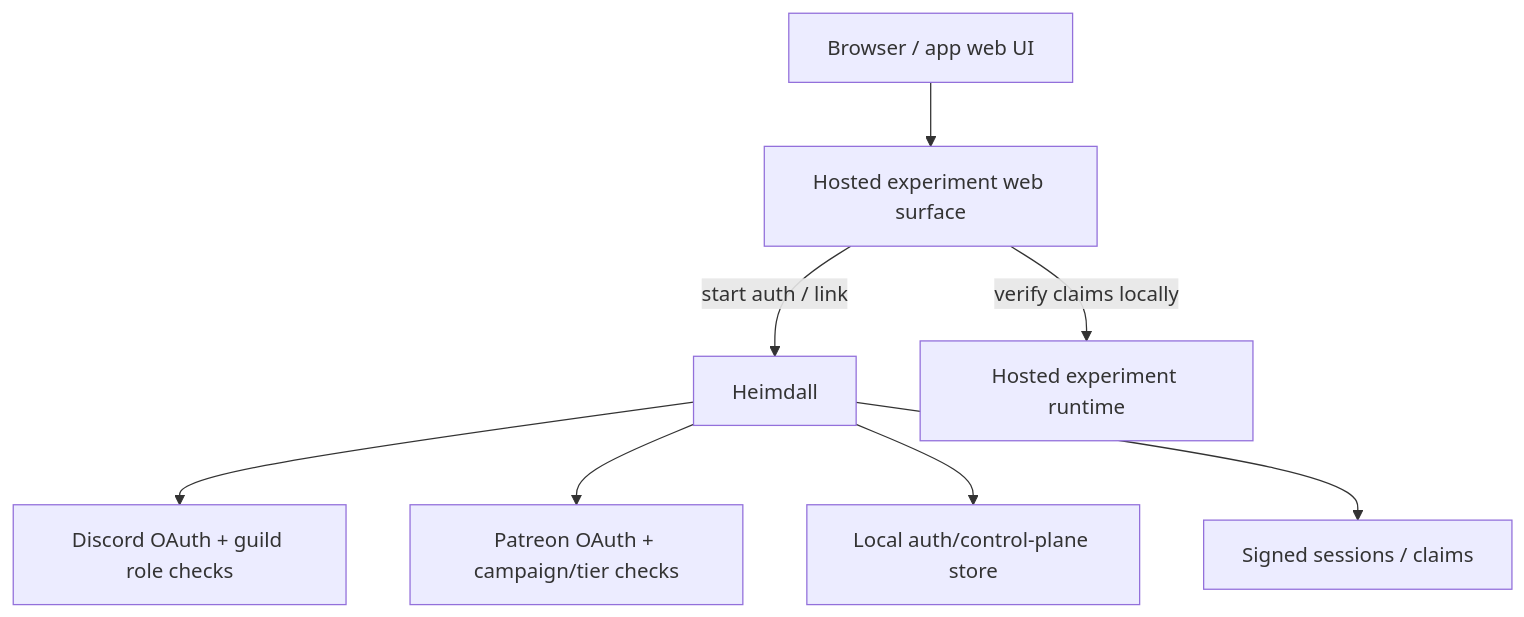
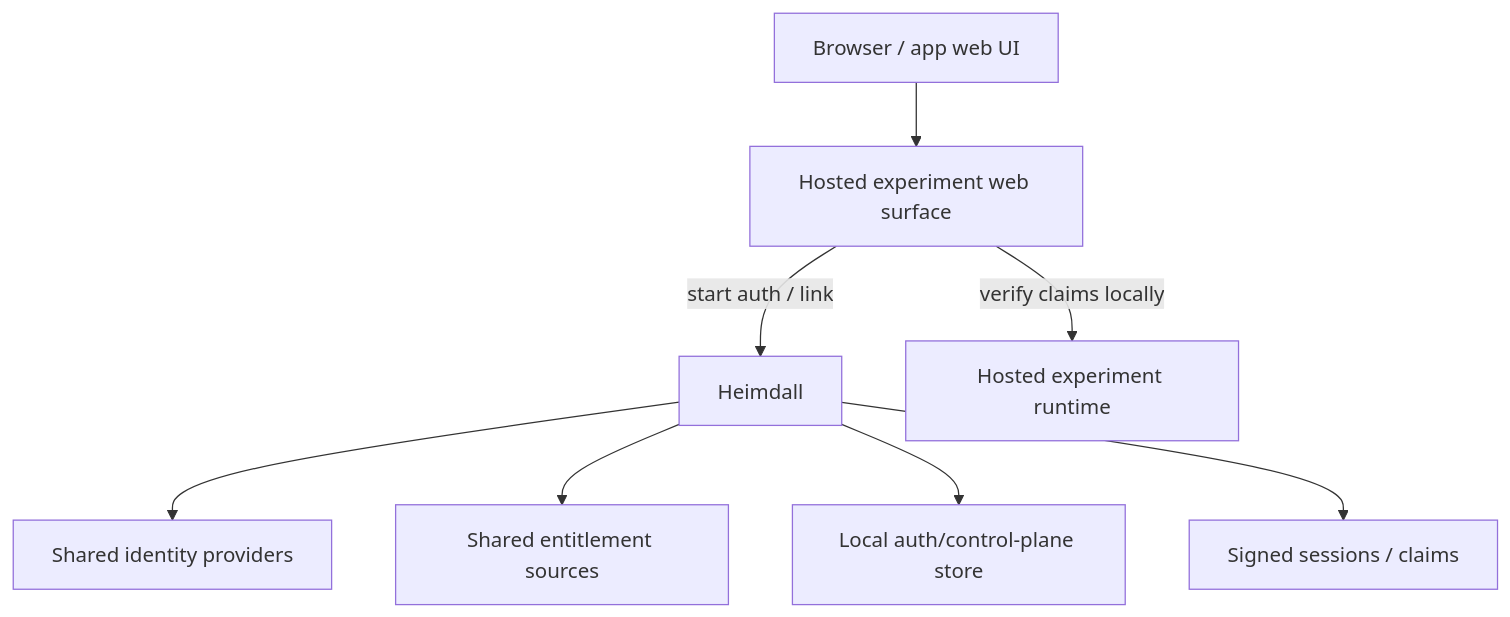
The diagram in docs/architecture.md (GameCult/Heimdall), drawn with Mermaid before and after one commit. The commit also changed other lines of this file and 1 other file, not shown here.

````diff
--- a/docs/architecture.md
+++ b/docs/architecture.md
@@ -76,10 +102,10 @@
 ```mermaid
 flowchart TD
     A["Browser / app web UI"] --> B["Hosted experiment web surface"]
     B -->|start auth / link| C["Heimdall"]
-    C --> D["Discord OAuth + guild role checks"]
-    C --> E["Patreon OAuth + campaign/tier checks"]
+    C --> D["Shared identity providers"]
+    C --> E["Shared entitlement sources"]
     C --> F["Local auth/control-plane store"]
     C --> G["Signed sessions / claims"]
     B -->|verify claims locally| H["Hosted experiment runtime"]
 ```
````
